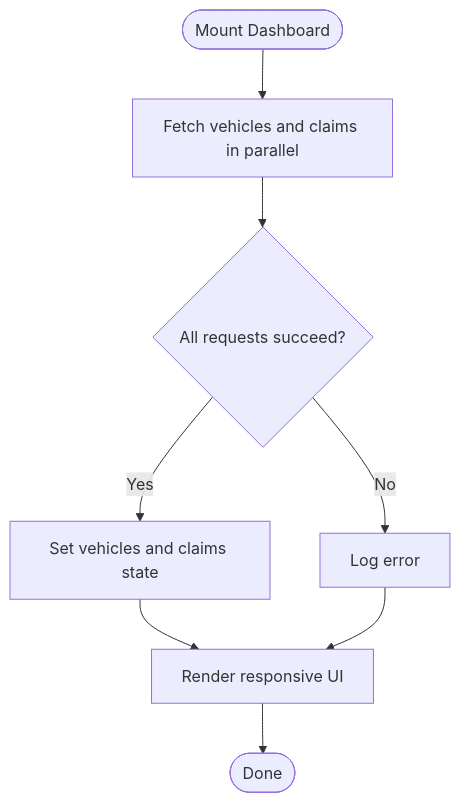
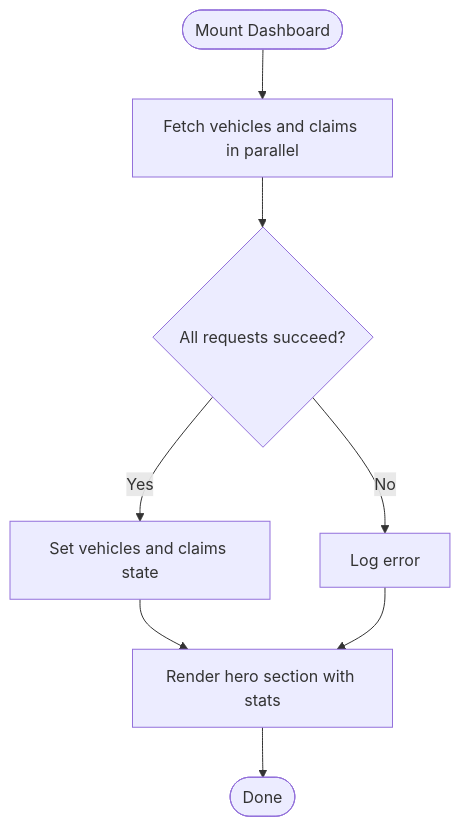
The fourth of 7 diagrams in .qoder/repowiki/en/content/Frontend Documentation/Pages and Views/User Pages/Dashboard Page.md (NaveenHiranya/Smart-Vehicle-Insurance-Claim-System), drawn with Mermaid before and after one commit. The commit also changed other lines of this file and 31 other files, not shown here.

````diff
--- a/.qoder/repowiki/en/content/Frontend Documentation/Pages and Views/User Pages/Dashboard Page.md
+++ b/.qoder/repowiki/en/content/Frontend Documentation/Pages and Views/User Pages/Dashboard Page.md
@@ -140,10 +186,10 @@
 ```mermaid
 flowchart TD
 Start(["Mount Dashboard"]) --> Fetch["Fetch vehicles and claims in parallel"]
 Fetch --> Success{"All requests succeed?"}
 Success --> |Yes| SetState["Set vehicles and claims state"]
 Success --> |No| LogErr["Log error"]
-SetState --> Render["Render responsive UI"]
+SetState --> Render["Render hero section with stats"]
 LogErr --> Render
 Render --> End(["Done"])
 ```
````
